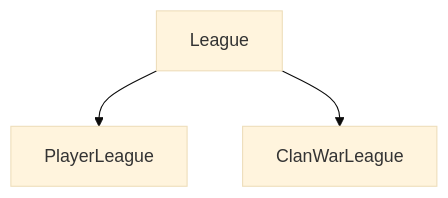
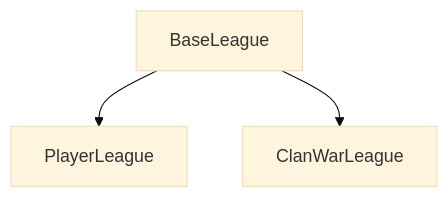
Before and after one commit to bim-ba/coc-api: the second of 2 diagrams in README.md, drawn with Mermaid (base theme). The commit also changed other lines of this file and 20 other files, not shown here.

````diff
--- a/README.md
+++ b/README.md
@@ -340,5 +495,5 @@
 ```mermaid
 graph TD;
-    League-->PlayerLeague;
-    League-->ClanWarLeague;
+    BaseLeague-->PlayerLeague;
+    BaseLeague-->ClanWarLeague;
 ```
````
